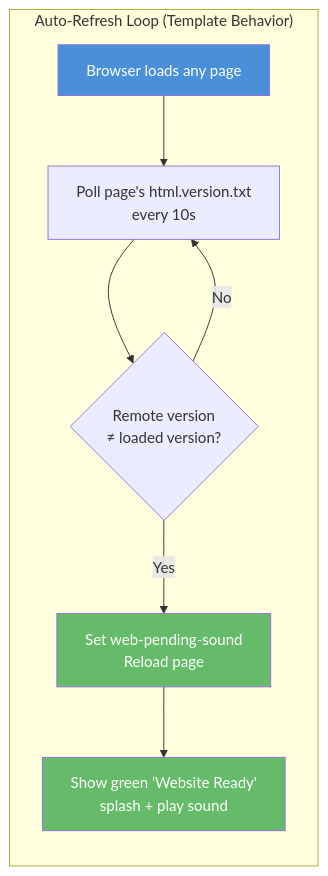
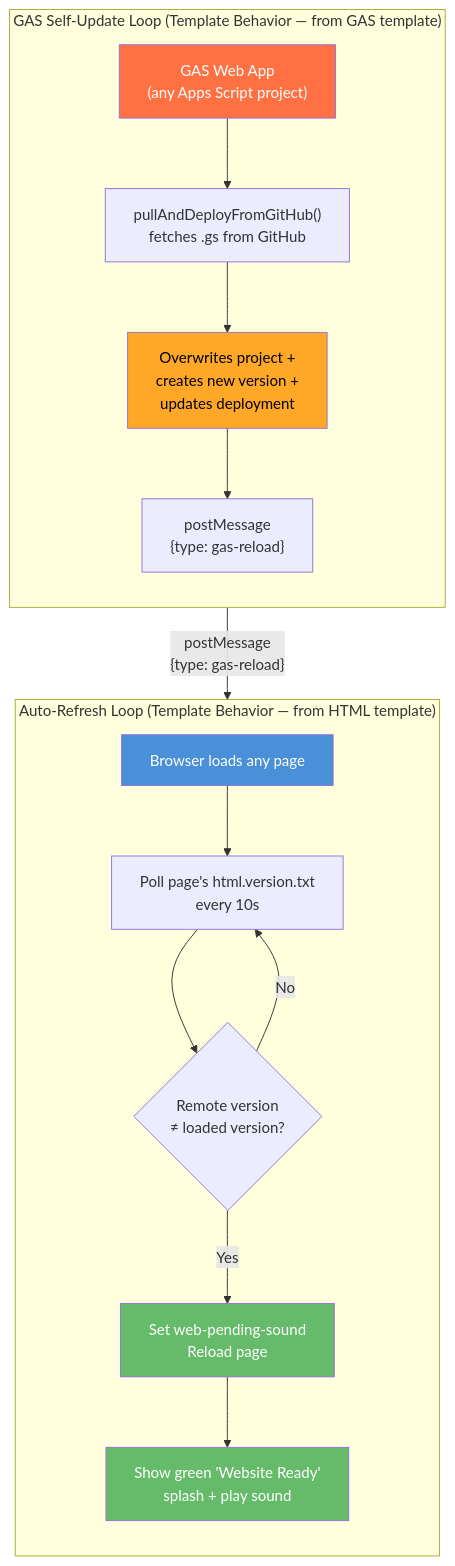
One commit to ShadowAISolutions/saistemplateprojectrepo changed the third of 7 diagrams in repository-information/REPO-ARCHITECTURE.md. Above: the diagram before and after it, drawn with Mermaid. The commit also changed 4 other files, not shown here.

First line of the commit message:
v02.01r Combine template behavior diagrams into single unified flowchart with mermaid.live link

````diff
--- a/repository-information/REPO-ARCHITECTURE.md
+++ b/repository-information/REPO-ARCHITECTURE.md
@@ -192,20 +194,35 @@
 ```mermaid
 flowchart TB
-    subgraph "Auto-Refresh Loop (Template Behavior)"
+    subgraph "Auto-Refresh Loop (Template Behavior — from HTML template)"
         direction TB
         BROWSER["Browser loads any page"]
         POLL["Poll page's html.version.txt\nevery 10s"]
         COMPARE{"Remote version\n≠ loaded version?"}
         RELOAD["Set web-pending-sound\nReload page"]
         SPLASH["Show green 'Website Ready'\nsplash + play sound"]
         BROWSER --> POLL
         POLL --> COMPARE
         COMPARE -->|Yes| RELOAD
         RELOAD --> SPLASH
         COMPARE -->|No| POLL
     end
 
+    subgraph "GAS Self-Update Loop (Template Behavior — from GAS template)"
+        direction TB
+        GAS_APP["GAS Web App\n(any Apps Script project)"]
+        GAS_PULL["pullAndDeployFromGitHub()\nfetches .gs from GitHub"]
+        GAS_DEPLOY_STEP["Overwrites project +\ncreates new version +\nupdates deployment"]
+        GAS_POSTMSG["postMessage\n{type: gas-reload}"]
+        GAS_APP --> GAS_PULL
+        GAS_PULL --> GAS_DEPLOY_STEP
+        GAS_DEPLOY_STEP --> GAS_POSTMSG
+    end
+
+    GAS_POSTMSG -->|"postMessage\n{type: gas-reload}"| BROWSER
+
     style BROWSER fill:#4a90d9,color:#fff
     style RELOAD fill:#66bb6a,color:#fff
     style SPLASH fill:#66bb6a,color:#fff
+    style GAS_APP fill:#ff7043,color:#fff
+    style GAS_DEPLOY_STEP fill:#ffa726,color:#000
 ```
````
